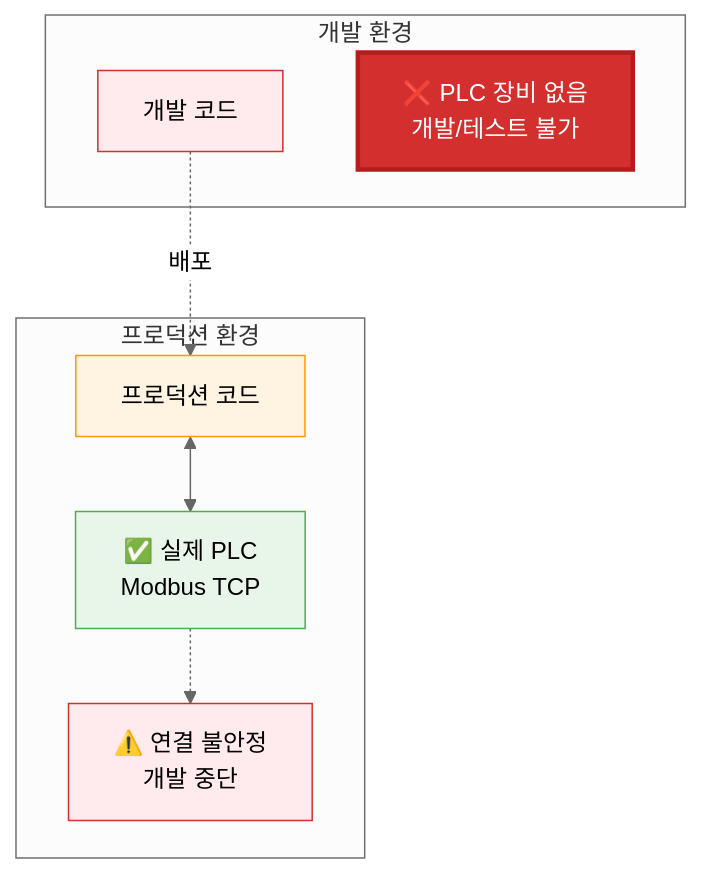
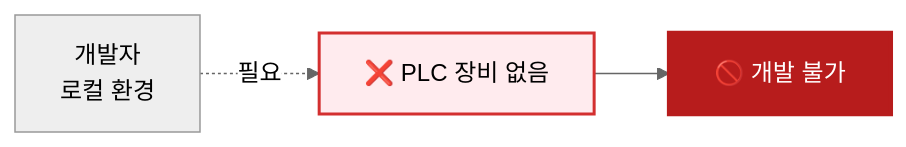
Before and after one commit to 1985jwlee/production-iot-backend: the seventh of 10 diagrams in TECHNICAL_CHALLENGES.md, drawn with Mermaid (neutral theme). The commit also changed other lines of this file and 1 other file, not shown here.

````diff
--- a/TECHNICAL_CHALLENGES.md
+++ b/TECHNICAL_CHALLENGES.md
@@ -549,23 +645,12 @@
 ```mermaid
-graph TB
-    subgraph "개발 환경"
-        DEV_CODE[개발 코드]
-        NO_PLC[❌ PLC 장비 없음<br/>개발/테스트 불가]
-    end
+graph LR
+    DEV[개발자<br/>로컬 환경]
+    NO_PLC[❌ PLC 장비 없음]
+    BLOCK[🚫 개발 불가]
     
-    subgraph "프로덕션 환경"
-        PROD_CODE[프로덕션 코드]
-        REAL_PLC[✅ 실제 PLC<br/>Modbus TCP]
-        UNSTABLE[⚠️ 연결 불안정<br/>개발 중단]
-    end
+    DEV -.->|필요| NO_PLC
+    NO_PLC --> BLOCK
     
-    DEV_CODE -.->|배포| PROD_CODE
-    PROD_CODE <--> REAL_PLC
-    REAL_PLC -.-> UNSTABLE
-    
-    style DEV_CODE fill:#ffebee,stroke:#d32f2f
-    style NO_PLC fill:#d32f2f,stroke:#b71c1c,stroke-width:3px,color:#fff
-    style PROD_CODE fill:#fff4e1,stroke:#ff9800
-    style REAL_PLC fill:#e8f5e9,stroke:#4caf50
-    style UNSTABLE fill:#ffebee,stroke:#d32f2f
+    style NO_PLC fill:#ffebee,stroke:#d32f2f,stroke-width:2px
+    style BLOCK fill:#b71c1c,stroke:#b71c1c,color:#fff,stroke-width:3px
 ```
````
